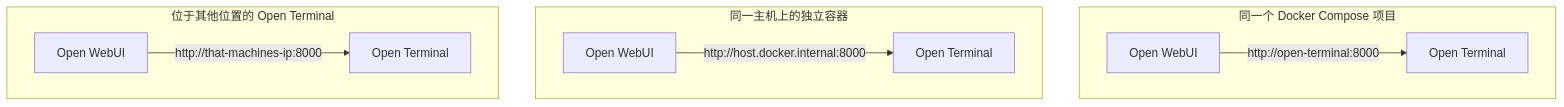
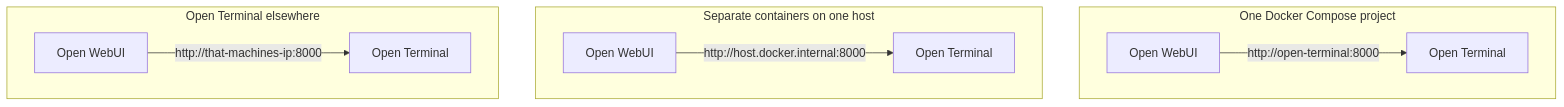
One commit to SMYQH/openwebuidocs changed the diagram in zh-cn/docs/features/open-terminal/setup/connecting.md. Above: the diagram before and after it, drawn with Mermaid. The commit also changed 116 other files, not shown here.

````diff
--- a/zh-cn/docs/features/open-terminal/setup/connecting.md
+++ b/zh-cn/docs/features/open-terminal/setup/connecting.md
@@ -191,15 +191,15 @@
 ```mermaid
 flowchart TB
-    subgraph Compose["同一个 Docker Compose 项目"]
+    subgraph Compose["One Docker Compose project"]
         direction LR
         W1["Open WebUI"] -->|"http://open-terminal:8000"| T1["Open Terminal"]
     end
-    subgraph Separate["同一主机上的独立容器"]
+    subgraph Separate["Separate containers on one host"]
         direction LR
         W2["Open WebUI"] -->|"http://host.docker.internal:8000"| T2["Open Terminal"]
     end
-    subgraph Remote["位于其他位置的 Open Terminal"]
+    subgraph Remote["Open Terminal elsewhere"]
         direction LR
         W3["Open WebUI"] -->|"http://that-machines-ip:8000"| T3["Open Terminal"]
     end
 ```
````
